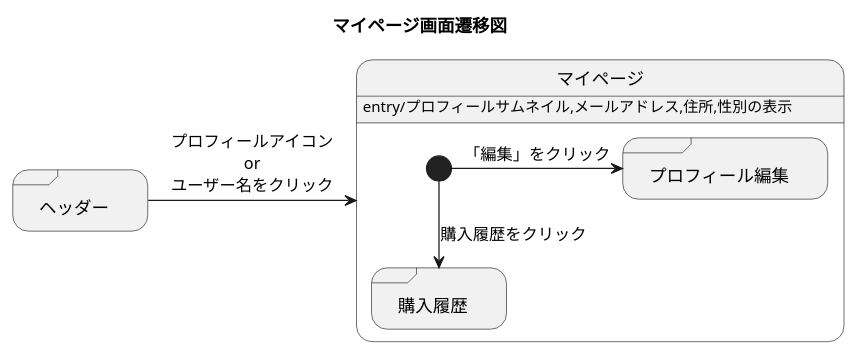
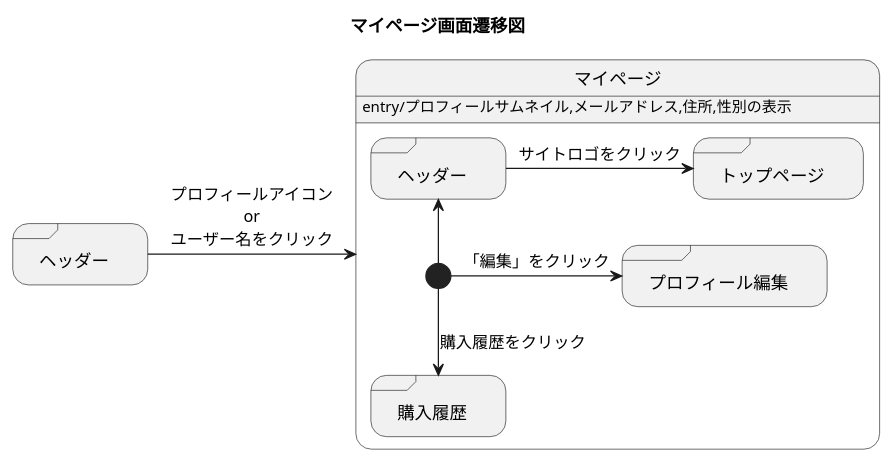
The diagram in マイページ.md (akutori/T-D-E), drawn with PlantUML before and after one commit.

Commit message:
遷移追加

````diff
--- a/マイページ.md
+++ b/マイページ.md
@@ -1,15 +1,19 @@
 ```uml
 @startuml
 title マイページ画面遷移図
 state "ヘッダー" as mainheadder<<sdlreceive>>
 state マイページ:entry/プロフィールサムネイル,メールアドレス,住所,性別の表示
 mainheadder -> マイページ : プロフィールアイコン\nor\nユーザー名をクリック
 state マイページ{
     state "プロフィール編集" as profileedit<<sdlreceive>>
     state "購入履歴" as goodshistory<<sdlreceive>>
+    state "ヘッダー" as headder1<<sdlreceive>>
+    state "トップページ" as main<<sdlreceive>>
     [*]->profileedit : 「編集」をクリック
     [*]-->goodshistory : 購入履歴をクリック
+    [*]-up->headder1
+    headder1->main : サイトロゴをクリック
     
 }
 @enduml
 ```
````
